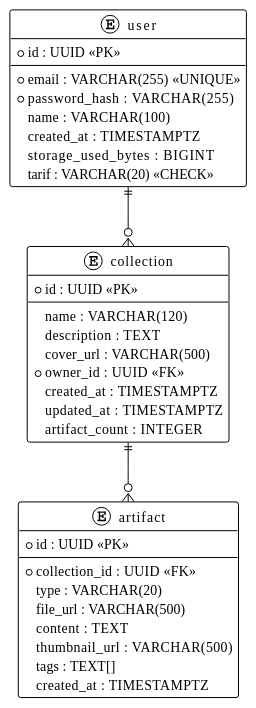
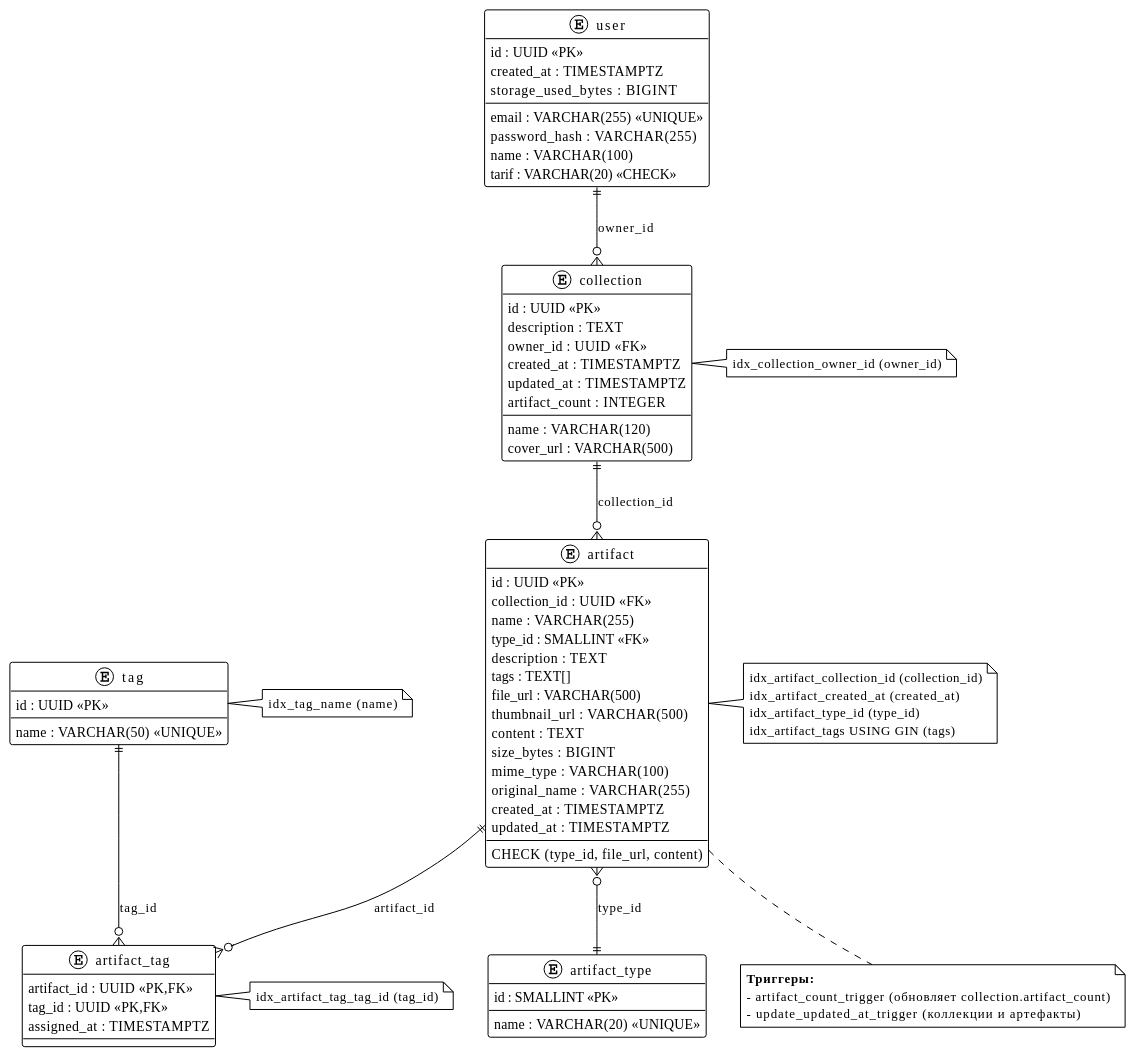
The diagram in my-website/docs/data-model/erd.md (P0llya/trace), drawn with PlantUML before and after one commit. The commit also changed other lines of this file and 2 other files, not shown here.

Commit message:
feat: добавлены концептуальная и логическая модели данных в виде изображений

````diff
--- a/my-website/docs/data-model/erd.md
+++ b/my-website/docs/data-model/erd.md
@@ -85,39 +19,80 @@
 ```plantuml
 @startuml
 !theme plain
+
+entity "artifact_type" {
+  id : SMALLINT <<PK>>
+  name : VARCHAR(20) <<UNIQUE>>
+}
+
 entity "user" {
-  * id : UUID <<PK>>
-  --
-  * email : VARCHAR(255) <<UNIQUE>>
-  * password_hash : VARCHAR(255)
+  id : UUID <<PK>>
+  email : VARCHAR(255) <<UNIQUE>>
+  password_hash : VARCHAR(255)
   name : VARCHAR(100)
   created_at : TIMESTAMPTZ
   storage_used_bytes : BIGINT
   tarif : VARCHAR(20) <<CHECK>>
 }
+
 entity "collection" {
-  * id : UUID <<PK>>
-  --
+  id : UUID <<PK>>
   name : VARCHAR(120)
   description : TEXT
   cover_url : VARCHAR(500)
-  * owner_id : UUID <<FK>>
+  owner_id : UUID <<FK>>
   created_at : TIMESTAMPTZ
   updated_at : TIMESTAMPTZ
   artifact_count : INTEGER
 }
+
 entity "artifact" {
-  * id : UUID <<PK>>
+  id : UUID <<PK>>
+  collection_id : UUID <<FK>>
+  name : VARCHAR(255)
+  type_id : SMALLINT <<FK>>
+  description : TEXT
+  tags : TEXT[]
+  file_url : VARCHAR(500)
+  thumbnail_url : VARCHAR(500)
+  content : TEXT
+  size_bytes : BIGINT
+  mime_type : VARCHAR(100)
+  original_name : VARCHAR(255)
+  created_at : TIMESTAMPTZ
+  updated_at : TIMESTAMPTZ
   --
-  * collection_id : UUID <<FK>>
-  type : VARCHAR(20)
-  file_url : VARCHAR(500)
-  content : TEXT
-  thumbnail_url : VARCHAR(500)
-  tags : TEXT[]
-  created_at : TIMESTAMPTZ
+  CHECK (type_id, file_url, content)
 }
-user ||--o{ collection
-collection ||--o{ artifact
+
+entity "tag" {
+  id : UUID <<PK>>
+  name : VARCHAR(50) <<UNIQUE>>
+}
+
+entity "artifact_tag" {
+  artifact_id : UUID <<PK,FK>>
+  tag_id : UUID <<PK,FK>>
+  assigned_at : TIMESTAMPTZ
+}
+
+user ||--o{ collection : "owner_id"
+collection ||--o{ artifact : "collection_id"
+artifact }o--|| artifact_type : "type_id"
+artifact ||--o{ artifact_tag : "artifact_id"
+tag ||--o{ artifact_tag : "tag_id"
+
+' Заметки с индексами
+note right of collection : idx_collection_owner_id (owner_id)
+note right of artifact : idx_artifact_collection_id (collection_id)\nidx_artifact_created_at (created_at)\nidx_artifact_type_id (type_id)\nidx_artifact_tags USING GIN (tags)
+note right of tag : idx_tag_name (name)
+note right of artifact_tag : idx_artifact_tag_tag_id (tag_id)
+
+note bottom of artifact
+  <b>Триггеры:</b>
+  - artifact_count_trigger (обновляет collection.artifact_count)
+  - update_updated_at_trigger (коллекции и артефакты)
+end note
+
 @enduml
 ```
````
